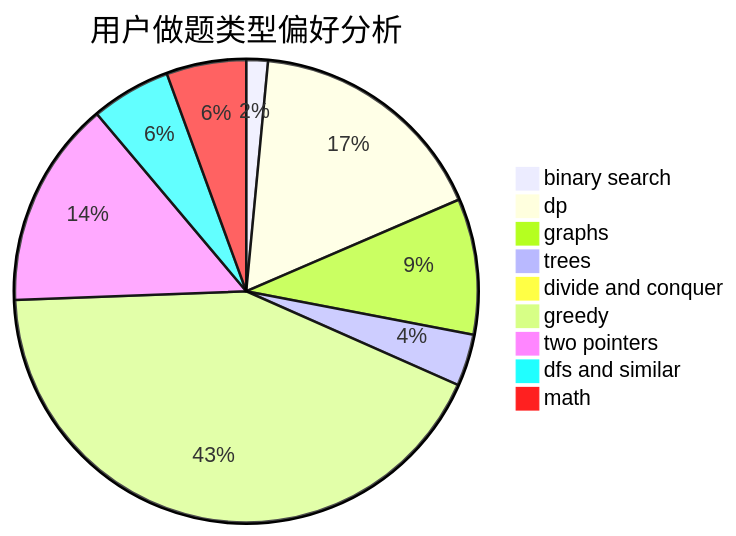
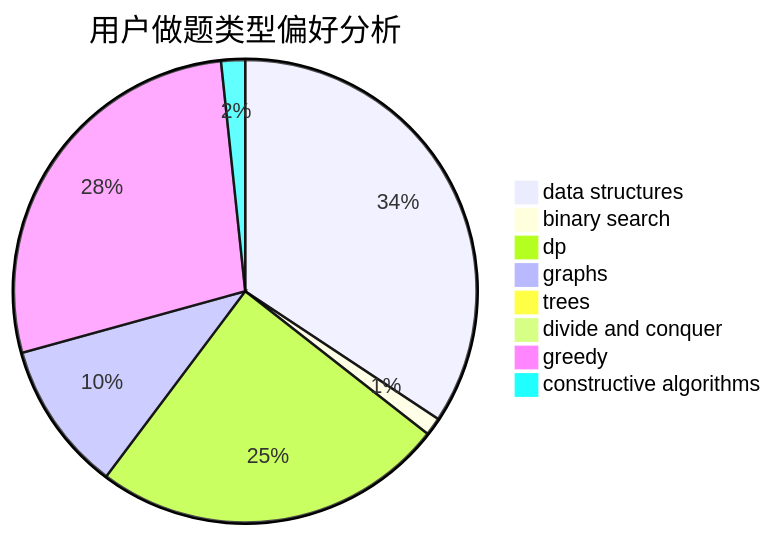
One commit to sherpahu/cfrs.github.io changed the second of 3 diagrams in docs/user/u1603.md. Above: the diagram before and after it, drawn with Mermaid. The commit also changed other lines of this file and 2775 other files, not shown here.

````diff
--- a/docs/user/u1603.md
+++ b/docs/user/u1603.md
@@ -23,12 +23,11 @@
 ```mermaid
 pie title 用户做题类型偏好分析
-    "binary search" :  10
-    "dp" :  113
-    "graphs" :  63
-    "trees" :  24
+    "data structures" :  82
+    "binary search" :  3
+    "dp" :  59
+    "graphs" :  25
+    "trees" :  1
     "divide and conquer" :  0
-    "greedy" :  284
-    "two pointers" :  96
-    "dfs and similar" :  37
-    "math" :  37
+    "greedy" :  66
+    "constructive algorithms" :  4
 ```
````
